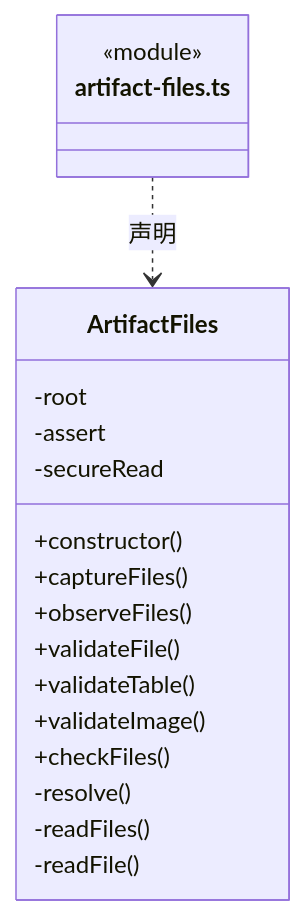
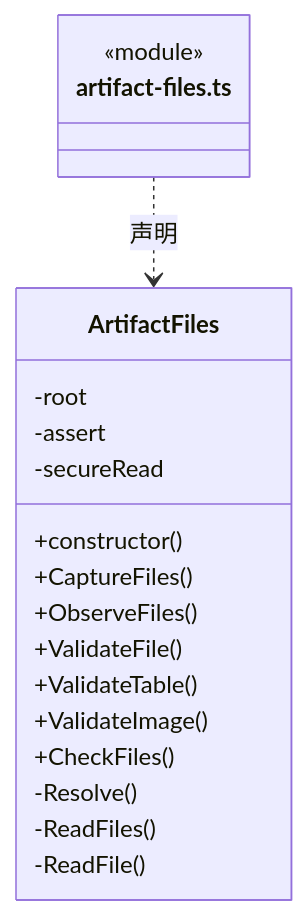
One commit to nan023062/cbim changed the second of 14 diagrams in src/logic/file-operations/platform/files/ARCHITECTURE.md. Above: the diagram before and after it, drawn with Mermaid. The commit also changed other lines of this file and 1035 other files, not shown here.

````diff
--- a/src/logic/file-operations/platform/files/ARCHITECTURE.md
+++ b/src/logic/file-operations/platform/files/ARCHITECTURE.md
@@ -37,22 +37,22 @@
 ```mermaid
 classDiagram
 class N_src_logic_file_operations_platform_files_artifact_files_ts["artifact-files.ts"] {
   <<module>>
 }
 class N_src_logic_file_operations_platform_files_artifact_files_ts_ArtifactFiles["ArtifactFiles"] {
   +constructor()
-  +captureFiles()
-  +observeFiles()
-  +validateFile()
-  +validateTable()
-  +validateImage()
-  +checkFiles()
+  +CaptureFiles()
+  +ObserveFiles()
+  +ValidateFile()
+  +ValidateTable()
+  +ValidateImage()
+  +CheckFiles()
   -root
   -assert
   -secureRead
-  -resolve()
-  -readFiles()
-  -readFile()
+  -Resolve()
+  -ReadFiles()
+  -ReadFile()
 }
 N_src_logic_file_operations_platform_files_artifact_files_ts ..> N_src_logic_file_operations_platform_files_artifact_files_ts_ArtifactFiles : 声明
 ```
````
